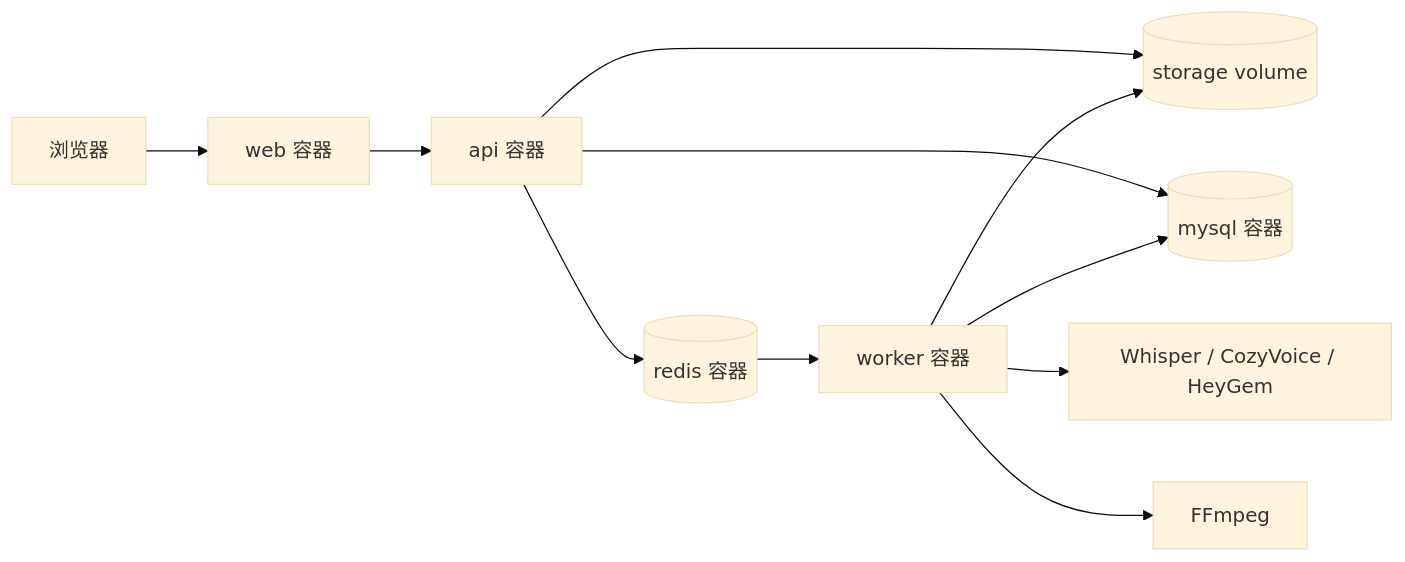
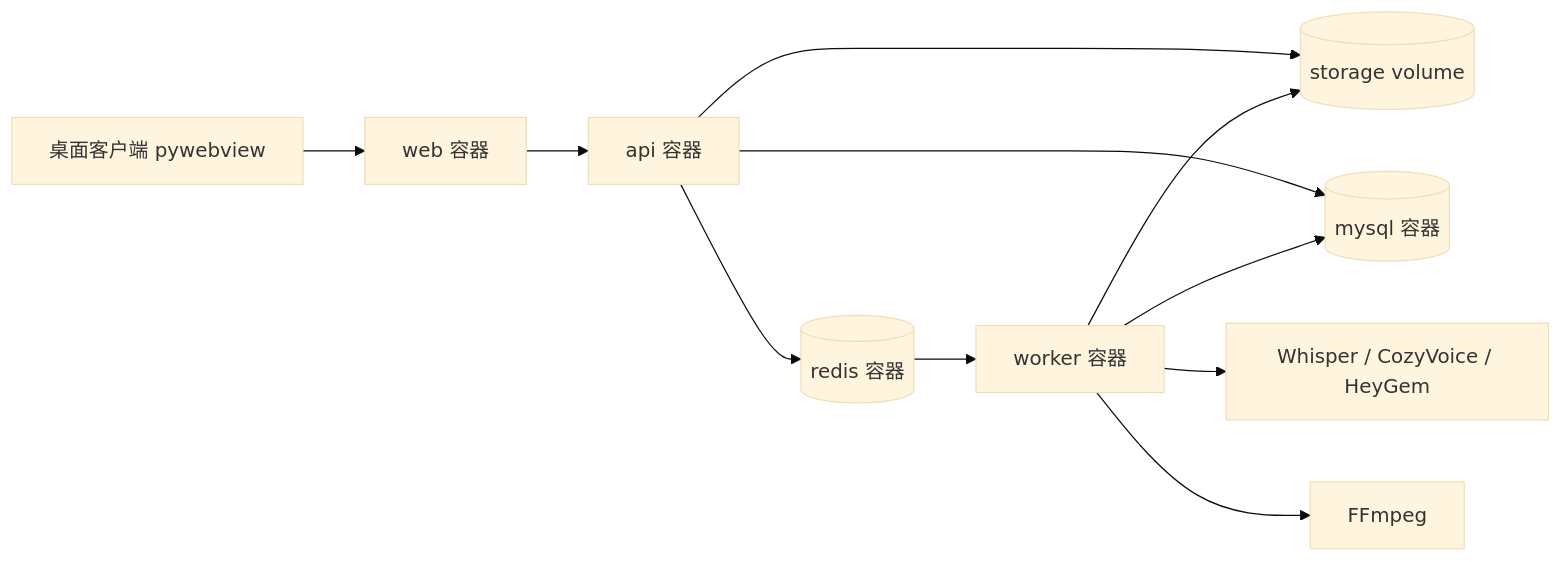
The fifth of 7 diagrams in docs/technical-architecture.md (AlphaSphere/DigitalHuman), drawn with Mermaid (base theme) before and after one commit. The commit also changed other lines of this file and 118 other files, not shown here.

````diff
--- a/docs/technical-architecture.md
+++ b/docs/technical-architecture.md
@@ -494,13 +506,13 @@
 ```mermaid
 flowchart LR
-  Browser[浏览器] --> Web[web 容器]
+  Desktop[桌面客户端 pywebview] --> Web[web 容器]
   Web --> API[api 容器]
   API --> Redis[(redis 容器)]
   API --> MySQL[(mysql 容器)]
   API --> Storage[(storage volume)]
   Redis --> Worker[worker 容器]
   Worker --> Storage
   Worker --> MySQL
   Worker --> Models[Whisper / CozyVoice / HeyGem]
   Worker --> FFmpeg[FFmpeg]
 ```
````
